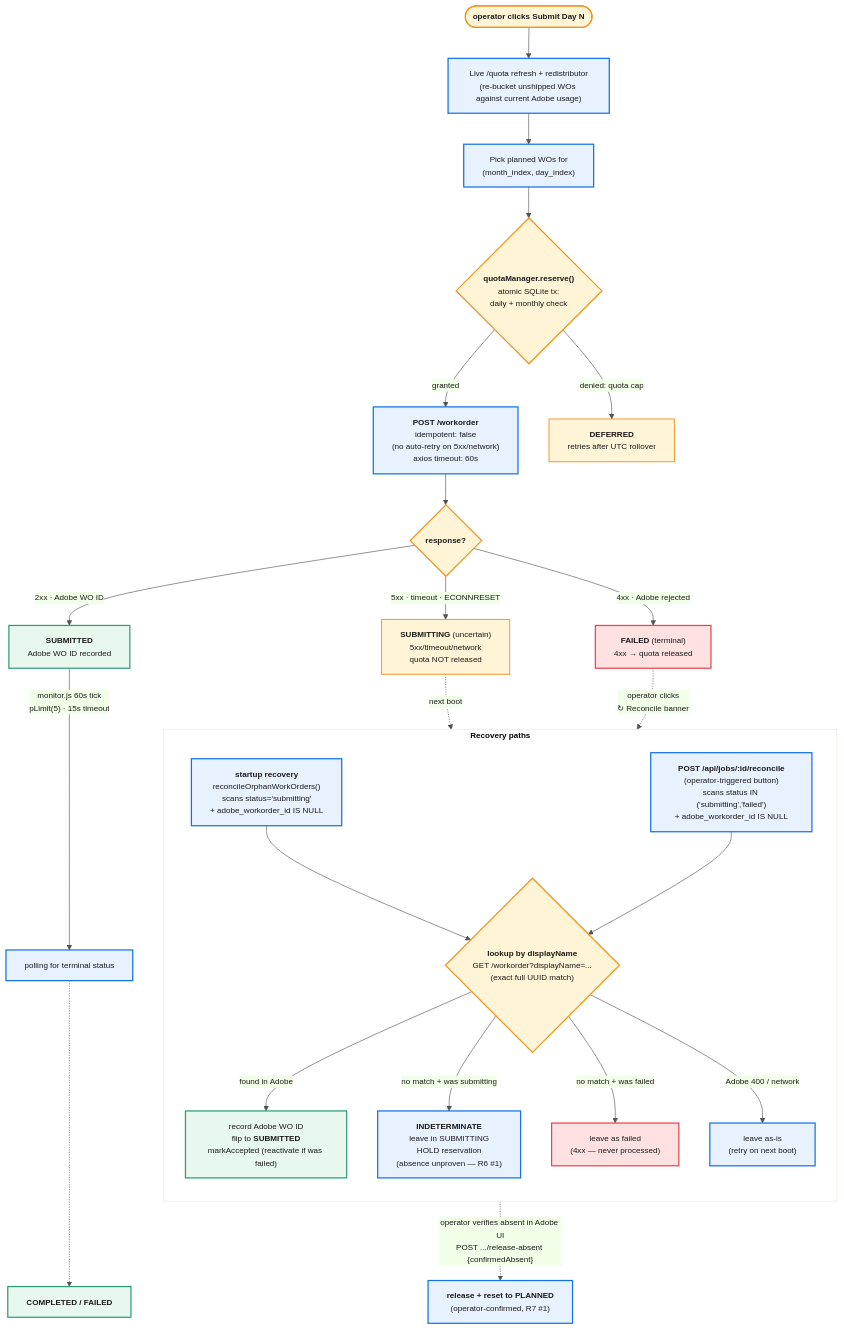
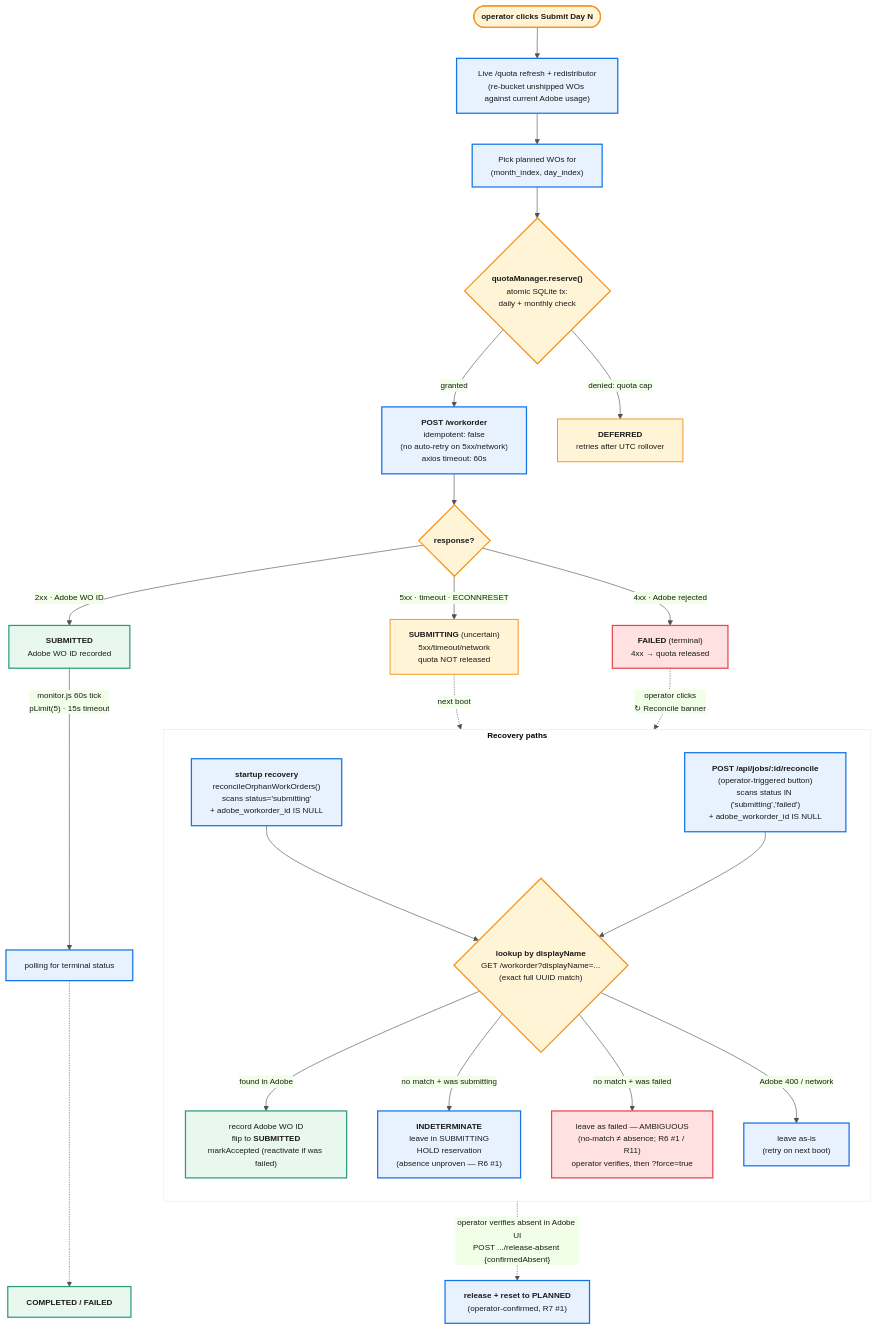
Before and after one commit to tkantk/aep-lifecycle-helper: the diagram in docs/diagrams/08-submit-reconcile-flow.mmd, drawn with Mermaid. The commit also changed 14 other files, not shown here.

First line of the commit message:
fix: address reviewer findings — day-label edge bug + diagram/screenshot corrections

```diff
--- a/docs/diagrams/08-submit-reconcile-flow.mmd
+++ b/docs/diagrams/08-submit-reconcile-flow.mmd
@@ -1,72 +1,72 @@
 %%{init: {
   'theme':'base',
   'themeVariables': {
     'primaryColor':'#E8F2FF',
     'primaryTextColor':'#1A1A1A',
     'primaryBorderColor':'#1473E6',
     'lineColor':'#525252',
     'fontFamily':'Inter, Segoe UI, Helvetica, Arial, sans-serif',
     'fontSize':'13px'
   }
 }}%%
 flowchart TB
   Start(["<b>operator clicks Submit Day N</b>"])
 
   Quota["Live /quota refresh + redistributor<br/>(re-bucket unshipped WOs against current Adobe usage)"]
 
   Pick["Pick planned WOs for<br/>(month_index, day_index)"]
 
   Reserve{"<b>quotaManager.reserve()</b><br/>atomic SQLite tx:<br/>daily + monthly check"}
 
   Submit["<b>POST /workorder</b><br/>idempotent: false<br/>(no auto-retry on 5xx/network)<br/>axios timeout: 60s"]
 
   Outcome{"<b>response?</b>"}
 
   Submitted["<b>SUBMITTED</b><br/>Adobe WO ID recorded"]
   Deferred["<b>DEFERRED</b><br/>retries after UTC rollover"]
   Failed["<b>FAILED</b> (terminal)<br/>4xx → quota released"]
   Uncertain["<b>SUBMITTING</b> (uncertain)<br/>5xx/timeout/network<br/>quota NOT released"]
 
   Start --> Quota --> Pick --> Reserve
   Reserve -->|granted| Submit
   Reserve -->|"denied: quota cap"| Deferred
   Submit --> Outcome
   Outcome -->|"2xx · Adobe WO ID"| Submitted
   Outcome -->|"4xx · Adobe rejected"| Failed
   Outcome -->|"5xx · timeout · ECONNRESET"| Uncertain
 
   subgraph Recovery["<b>Recovery paths</b>"]
     direction TB
     Boot["<b>startup recovery</b><br/>reconcileOrphanWorkOrders()<br/>scans status='submitting'<br/>+ adobe_workorder_id IS NULL"]
     Manual["<b>POST /api/jobs/:id/reconcile</b><br/>(operator-triggered button)<br/>scans status IN ('submitting','failed')<br/>+ adobe_workorder_id IS NULL"]
     Lookup{"<b>lookup by displayName</b><br/>GET /workorder?displayName=...<br/>(exact full UUID match)"}
 
     Boot --> Lookup
     Manual --> Lookup
 
     Lookup -->|"found in Adobe"| FixIt["record Adobe WO ID<br/>flip to <b>SUBMITTED</b><br/>markAccepted (reactivate if was failed)"]
     Lookup -->|"no match + was submitting"| Indet["<b>INDETERMINATE</b><br/>leave in SUBMITTING<br/>HOLD reservation<br/>(absence unproven — R6 #1)"]
-    Lookup -->|"no match + was failed"| Stay["leave as failed<br/>(4xx — never processed)"]
+    Lookup -->|"no match + was failed"| Stay["leave as failed — AMBIGUOUS<br/>(no-match ≠ absence; R6 #1 / R11)<br/>operator verifies, then ?force=true"]
     Lookup -->|"Adobe 400 / network"| Leave["leave as-is<br/>(retry on next boot)"]
   end
 
   Indet -.->|"operator verifies absent in Adobe UI<br/>POST .../release-absent {confirmedAbsent}"| OpRelease["<b>release + reset to PLANNED</b><br/>(operator-confirmed, R7 #1)"]
 
   Uncertain -.->|"next boot"| Boot
   Failed -.->|"operator clicks<br/>↻ Reconcile banner"| Manual
   Submitted -->|"monitor.js 60s tick<br/>pLimit(5) · 15s timeout"| Monitor["polling for terminal status"]
   Monitor -.-> Done["<b>COMPLETED / FAILED</b>"]
 
   classDef start fill:#FFF4D6,stroke:#F29423,stroke-width:2px,color:#1A1A1A
   classDef gate  fill:#FFF4D6,stroke:#F29423,stroke-width:2px,color:#1A1A1A
   classDef ok    fill:#E8F8EE,stroke:#2D9D78,stroke-width:2px,color:#1A1A1A
   classDef warn  fill:#FFF4D6,stroke:#F29423,stroke-width:1.5px,color:#1A1A1A
   classDef bad   fill:#FFE1E1,stroke:#E34850,stroke-width:2px,color:#1A1A1A
   classDef proc  fill:#E8F2FF,stroke:#1473E6,stroke-width:2px,color:#1A1A1A
 
   class Start start
   class Reserve,Outcome,Lookup gate
   class Submitted,FixIt,Done ok
   class Deferred,Uncertain warn
   class Failed,Stay bad
   class Quota,Pick,Submit,Boot,Manual,Indet,OpRelease,Leave,Monitor proc
```
